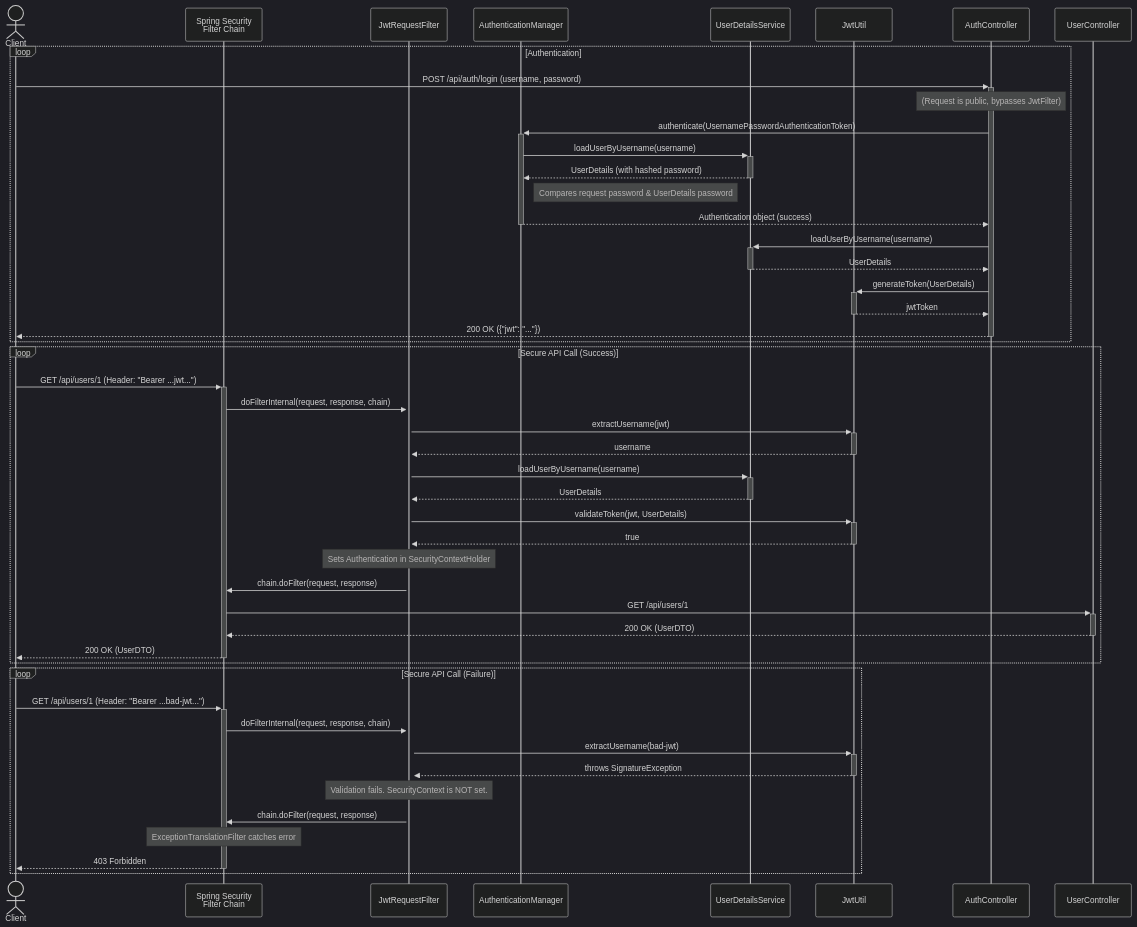
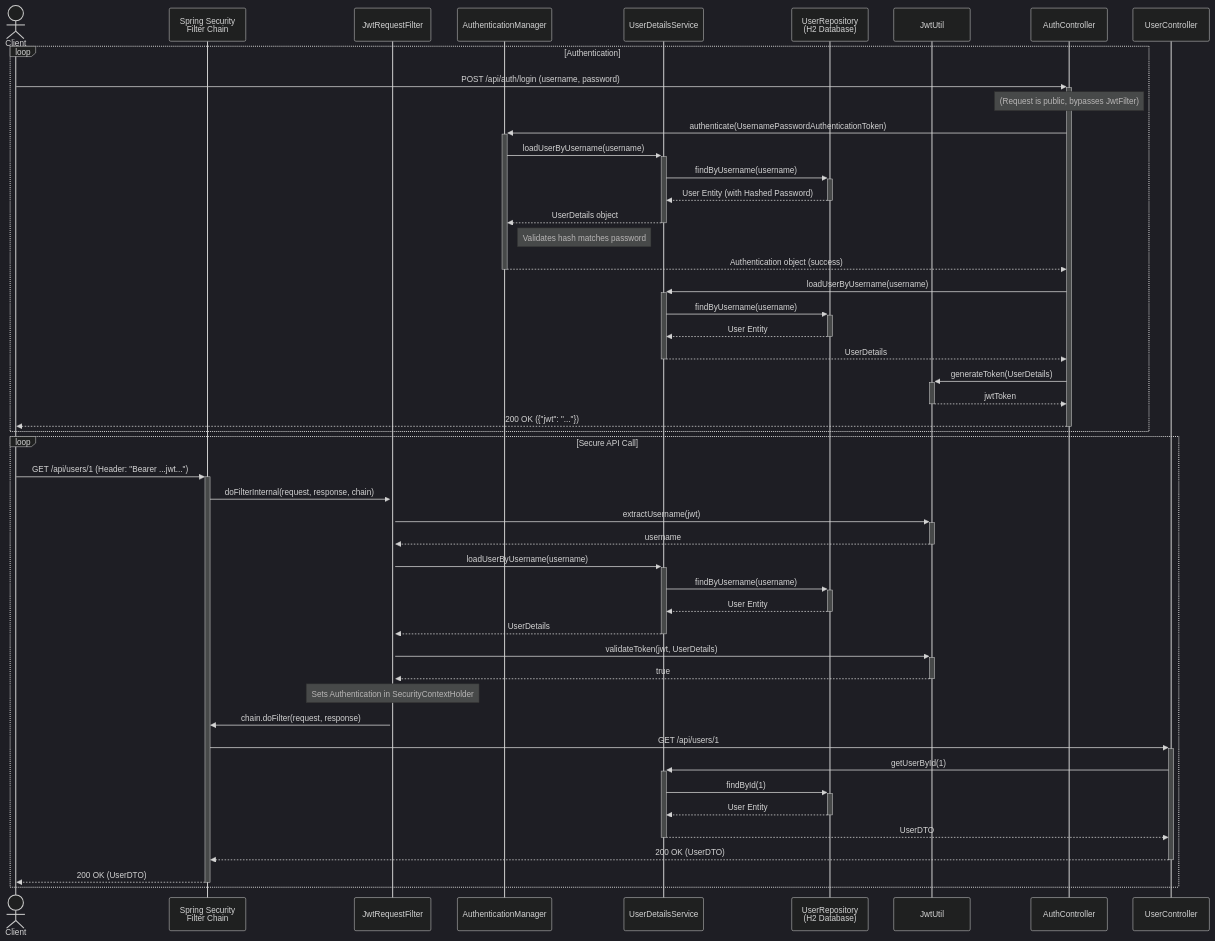
Before and after one commit to nirajmind/solid-fintech-demo: the diagram in User-Auth-flow-Diagram-2025-11-16-124723.mmd, drawn with Mermaid (dark theme). The commit also changed 13 other files, not shown here.

```diff
--- a/User-Auth-flow-Diagram-2025-11-16-124723.mmd
+++ b/User-Auth-flow-Diagram-2025-11-16-124723.mmd
@@ -1,59 +1,65 @@
 sequenceDiagram
     actor Client
     participant FilterChain as Spring Security<br/>Filter Chain
     participant JwtFilter as JwtRequestFilter
     participant AuthManager as AuthenticationManager
     participant UserSvc as UserDetailsService
+    participant UserRepo as UserRepository<br/>(H2 Database)
     participant JwtUtil as JwtUtil
     participant AuthCtrl as AuthController
     participant UserCtrl as UserController
 
-    %% --- 1. Successful Login and Token Generation ---
+%% --- 1. Successful Login (Using Database) ---
     loop Authentication
         Client->>+AuthCtrl: POST /api/auth/login (username, password)
         Note over AuthCtrl: (Request is public, bypasses JwtFilter)
+
         AuthCtrl->>+AuthManager: authenticate(UsernamePasswordAuthenticationToken)
+
+    %% This is the key change: AuthManager calls UserDetailsService, which calls the Repo
         AuthManager->>+UserSvc: loadUserByUsername(username)
-        UserSvc-->>-AuthManager: UserDetails (with hashed password)
-        Note right of AuthManager: Compares request password & UserDetails password
+        UserSvc->>+UserRepo: findByUsername(username)
+        UserRepo-->>-UserSvc: User Entity (with Hashed Password)
+        UserSvc-->>-AuthManager: UserDetails object
+
+        Note right of AuthManager: Validates hash matches password
         AuthManager-->>-AuthCtrl: Authentication object (success)
-        
+
         AuthCtrl->>+UserSvc: loadUserByUsername(username)
+        UserSvc->>+UserRepo: findByUsername(username)
+        UserRepo-->>-UserSvc: User Entity
         UserSvc-->>-AuthCtrl: UserDetails
+
         AuthCtrl->>+JwtUtil: generateToken(UserDetails)
         JwtUtil-->>-AuthCtrl: jwtToken
         AuthCtrl-->>-Client: 200 OK ({"jwt": "..."})
     end
 
-    %% --- 2. Accessing a Secure Endpoint with JWT ---
-    loop Secure API Call (Success)
+%% --- 2. Accessing Secure Endpoint (Using Database) ---
+    loop Secure API Call
         Client->>+FilterChain: GET /api/users/1 (Header: "Bearer ...jwt...")
         FilterChain->>+JwtFilter: doFilterInternal(request, response, chain)
+
         JwtFilter->>+JwtUtil: extractUsername(jwt)
         JwtUtil-->>-JwtFilter: username
-        
+
+    %% Token validation now also checks the DB to ensure user still exists
         JwtFilter->>+UserSvc: loadUserByUsername(username)
+        UserSvc->>+UserRepo: findByUsername(username)
+        UserRepo-->>-UserSvc: User Entity
         UserSvc-->>-JwtFilter: UserDetails
-        
+
         JwtFilter->>+JwtUtil: validateToken(jwt, UserDetails)
         JwtUtil-->>-JwtFilter: true
+
         Note over JwtFilter: Sets Authentication in SecurityContextHolder
-        
         JwtFilter->>FilterChain: chain.doFilter(request, response)
+
         FilterChain->>+UserCtrl: GET /api/users/1
+        UserCtrl->>+UserSvc: getUserById(1)
+        UserSvc->>+UserRepo: findById(1)
+        UserRepo-->>-UserSvc: User Entity
+        UserSvc-->>-UserCtrl: UserDTO
         UserCtrl-->>-FilterChain: 200 OK (UserDTO)
         FilterChain-->>-Client: 200 OK (UserDTO)
     end
-
-    %% --- 3. Accessing Secure Endpoint with BAD Token ---
-    loop Secure API Call (Failure)
-        Client->>+FilterChain: GET /api/users/1 (Header: "Bearer ...bad-jwt...")
-        FilterChain->>+JwtFilter: doFilterInternal(request, response, chain)
-        JwtFilter->>+JwtUtil: extractUsername(bad-jwt)
-        JwtUtil-->>-JwtFilter: throws SignatureException
-        
-        Note over JwtFilter: Validation fails. SecurityContext is NOT set.
-        JwtFilter->>FilterChain: chain.doFilter(request, response)
-        Note over FilterChain: ExceptionTranslationFilter catches error
-        FilterChain-->>-Client: 403 Forbidden
-    end
```
